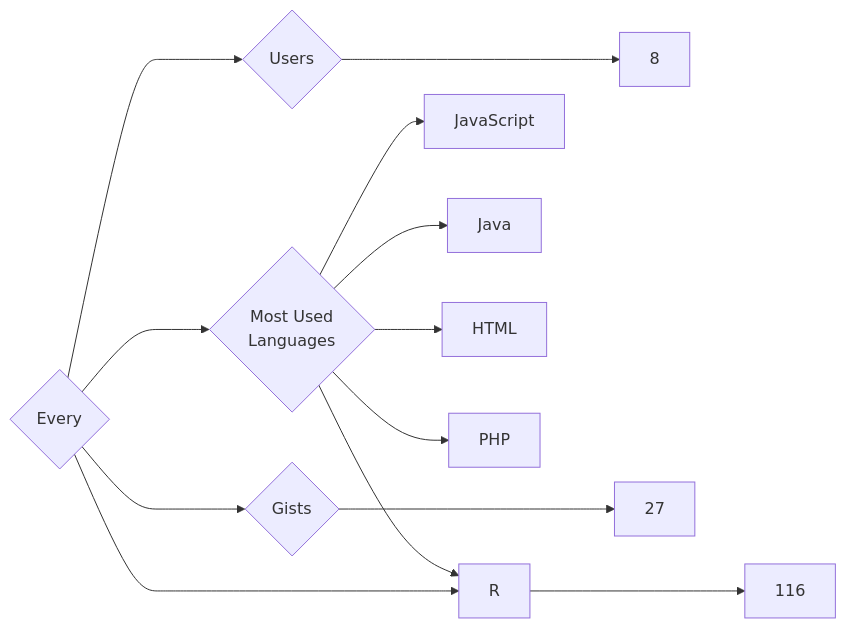
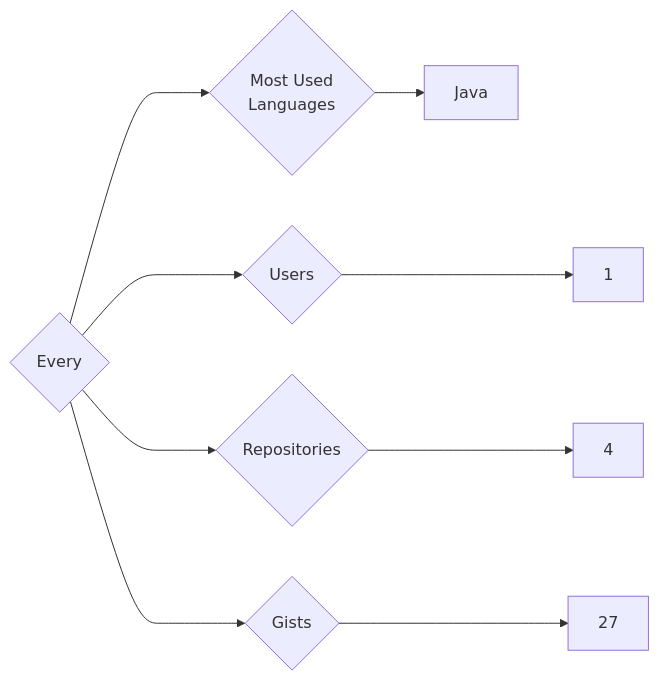
One commit to trickest/insiders changed the diagram in targets/Every/README.md. Above: the diagram before and after it, drawn with Mermaid. The commit also changed 736 other files, not shown here.

````diff
--- a/targets/Every/README.md
+++ b/targets/Every/README.md
@@ -3,13 +3,9 @@
 ```mermaid
 graph LR
 COMPANY_NAME{Every}
-COMPANY_NAME ---> U{Users} ---> UN[8]
-COMPANY_NAME ---> R{Repositories} ---> RN[116]
+COMPANY_NAME ---> U{Users} ---> UN[1]
+COMPANY_NAME ---> R{Repositories} ---> RN[4]
 COMPANY_NAME ---> G{Gists} ---> GN[27]
 COMPANY_NAME ---> ML{Most Used<br>Languages}
-ML --> JavaScript[JavaScript]
 ML --> Java[Java]
-ML --> HTML[HTML]
-ML --> PHP[PHP]
-ML --> R[R]
 ```
````
